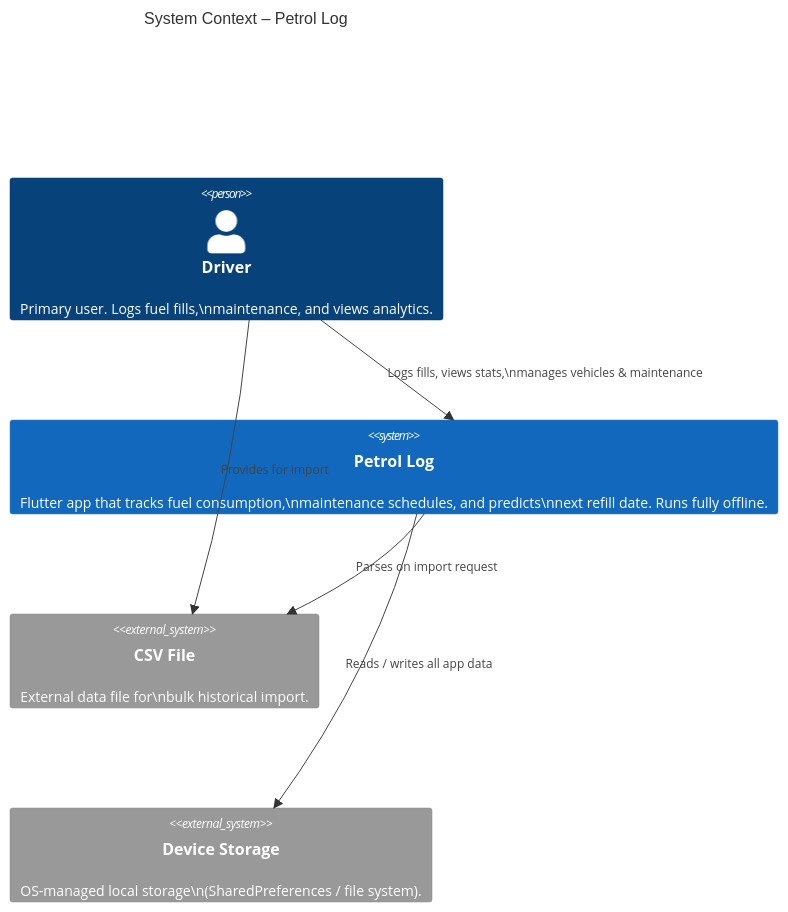
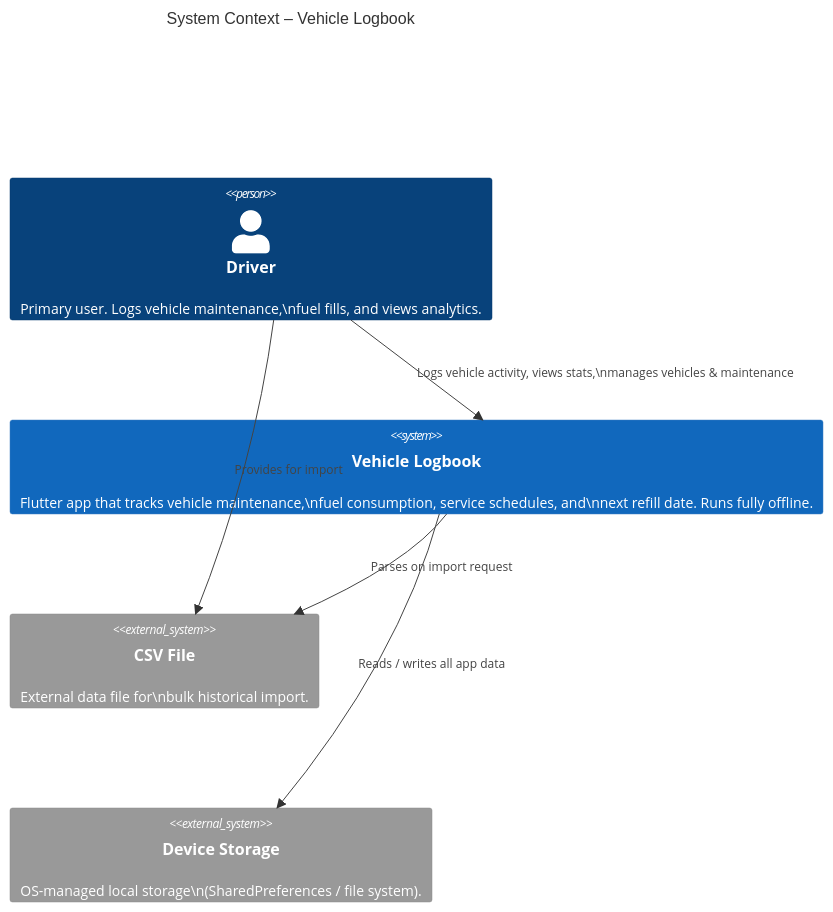
The first of 11 diagrams in docs/ARCHITECTURE.md (neotamizhan/petrol_log), drawn with Mermaid before and after one commit. The commit also changed other lines of this file and 19 other files, not shown here.

````diff
--- a/docs/ARCHITECTURE.md
+++ b/docs/ARCHITECTURE.md
@@ -44,16 +45,16 @@
 ```mermaid
 C4Context
-  title System Context – Petrol Log
+  title System Context – Vehicle Logbook
 
-  Person(driver, "Driver", "Primary user. Logs fuel fills,\nmaintenance, and views analytics.")
+  Person(driver, "Driver", "Primary user. Logs vehicle maintenance,\nfuel fills, and views analytics.")
 
-  System(petrolLog, "Petrol Log", "Flutter app that tracks fuel consumption,\nmaintenance schedules, and predicts\nnext refill date. Runs fully offline.")
+  System(petrolLog, "Vehicle Logbook", "Flutter app that tracks vehicle maintenance,\nfuel consumption, service schedules, and\nnext refill date. Runs fully offline.")
 
   System_Ext(csvFile, "CSV File", "External data file for\nbulk historical import.")
   System_Ext(deviceStorage, "Device Storage", "OS-managed local storage\n(SharedPreferences / file system).")
 
-  Rel(driver, petrolLog, "Logs fills, views stats,\nmanages vehicles & maintenance")
+  Rel(driver, petrolLog, "Logs vehicle activity, views stats,\nmanages vehicles & maintenance")
   Rel(petrolLog, deviceStorage, "Reads / writes all app data")
   Rel(driver, csvFile, "Provides for import")
   Rel(petrolLog, csvFile, "Parses on import request")
 ```
````
